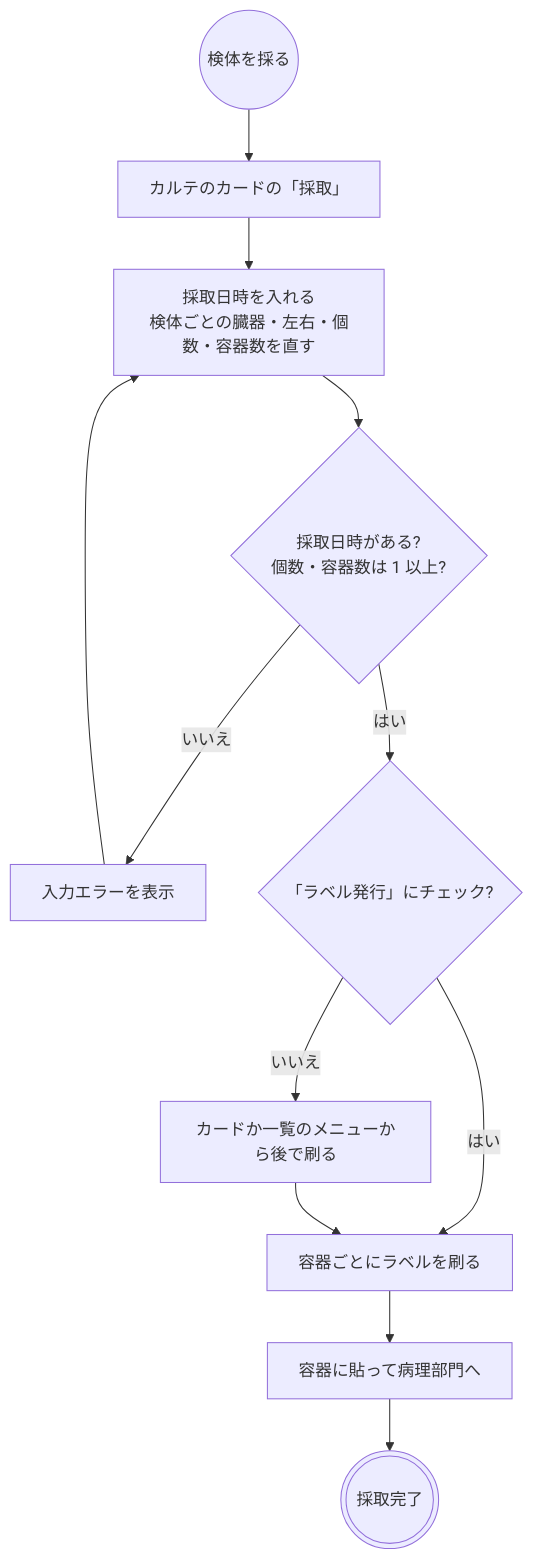
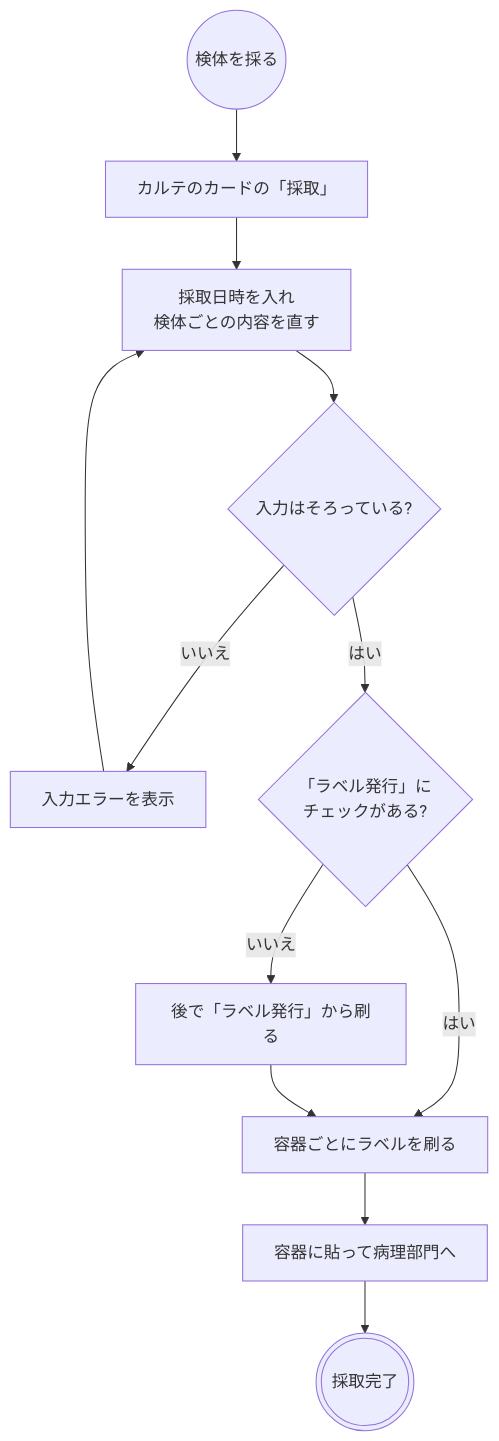
Before and after one commit to ysnr-dev/fhir-client: the third of 20 diagrams in docs/order-flows/patho.md, drawn with Mermaid. The commit also changed other lines of this file and 7 other files, not shown here.

````diff
--- a/docs/order-flows/patho.md
+++ b/docs/order-flows/patho.md
@@ -137,20 +149,20 @@
 ```mermaid
 flowchart TD
   start(("検体を採る"))
   open["カルテのカードの「採取」"]
-  record["採取日時を入れる<br/>検体ごとの臓器・左右・個数・容器数を直す"]
-  valid{"採取日時がある?<br/>個数・容器数は 1 以上?"}
+  record["採取日時を入れ<br/>検体ごとの内容を直す"]
+  valid{"入力はそろっている?"}
   error["入力エラーを表示"]
-  print{"「ラベル発行」にチェック?"}
+  print{"「ラベル発行」に<br/>チェックがある?"}
   issue["容器ごとにラベルを刷る"]
-  later["カードか一覧のメニューから後で刷る"]
+  later["後で「ラベル発行」から刷る"]
   paste["容器に貼って病理部門へ"]
   done((("採取完了")))
 
   start --> open --> record --> valid
   valid -- "いいえ" --> error --> record
   valid -- "はい" --> print
   print -- "はい" --> issue --> paste
   print -- "いいえ" --> later --> issue
   paste --> done
 ```
````
